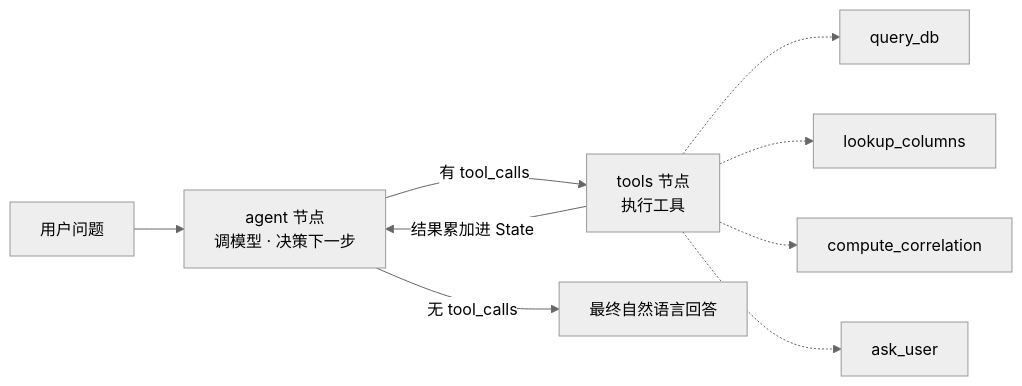
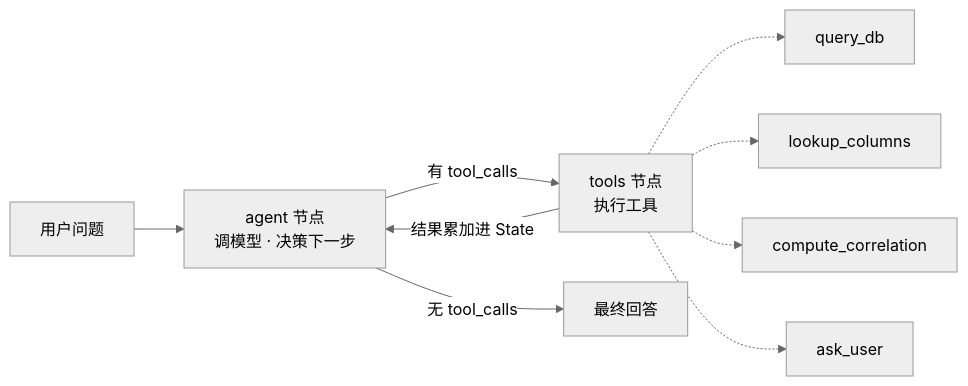
Before and after one commit to arch-fish/chatbi-agent: the diagram in README.md, drawn with Mermaid (neutral theme). The commit also changed other lines of this file, not shown here.

````diff
--- a/README.md
+++ b/README.md
@@ -37,11 +25,11 @@
 ```mermaid
 flowchart LR
     U[用户问题] --> A["agent 节点<br/>调模型 · 决策下一步"]
     A -->|有 tool_calls| T["tools 节点<br/>执行工具"]
-    A -->|无 tool_calls| E[最终自然语言回答]
+    A -->|无 tool_calls| E[最终回答]
     T -->|结果累加进 State| A
     T -.-> Q1[query_db]
     T -.-> Q2[lookup_columns]
     T -.-> Q3[compute_correlation]
     T -.-> Q4[ask_user]
 ```
````
